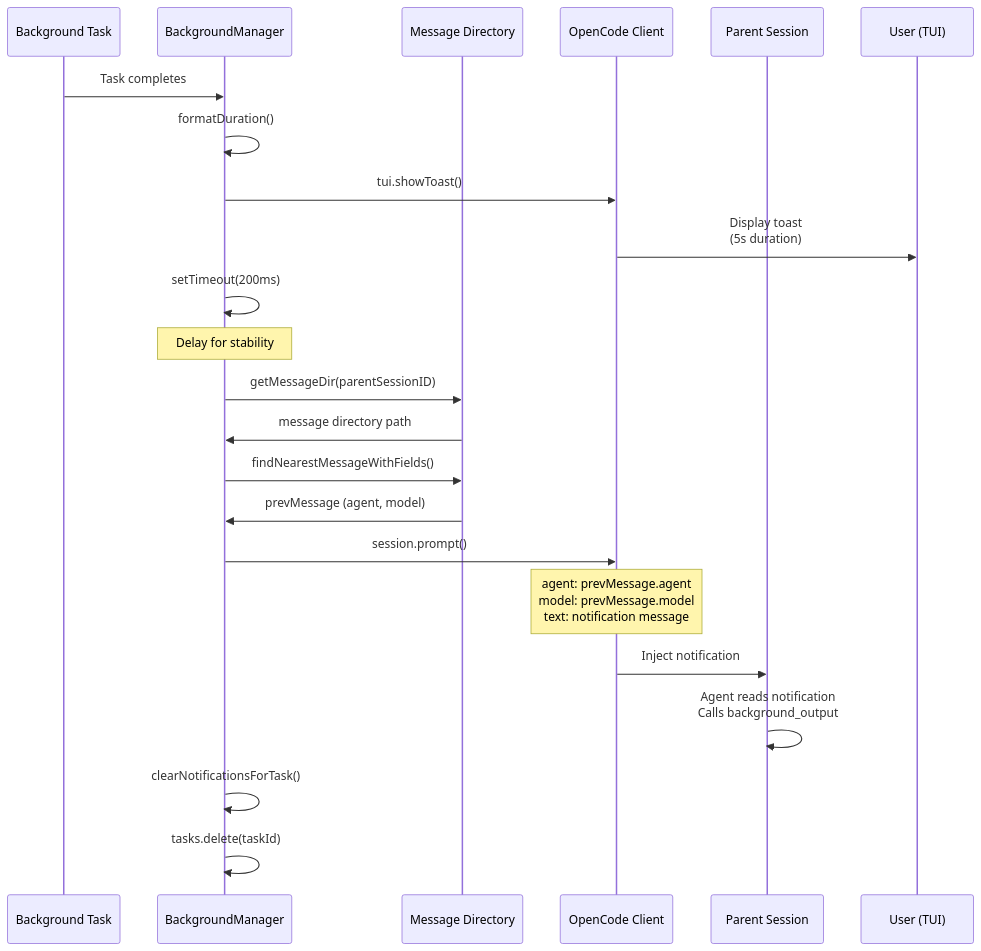
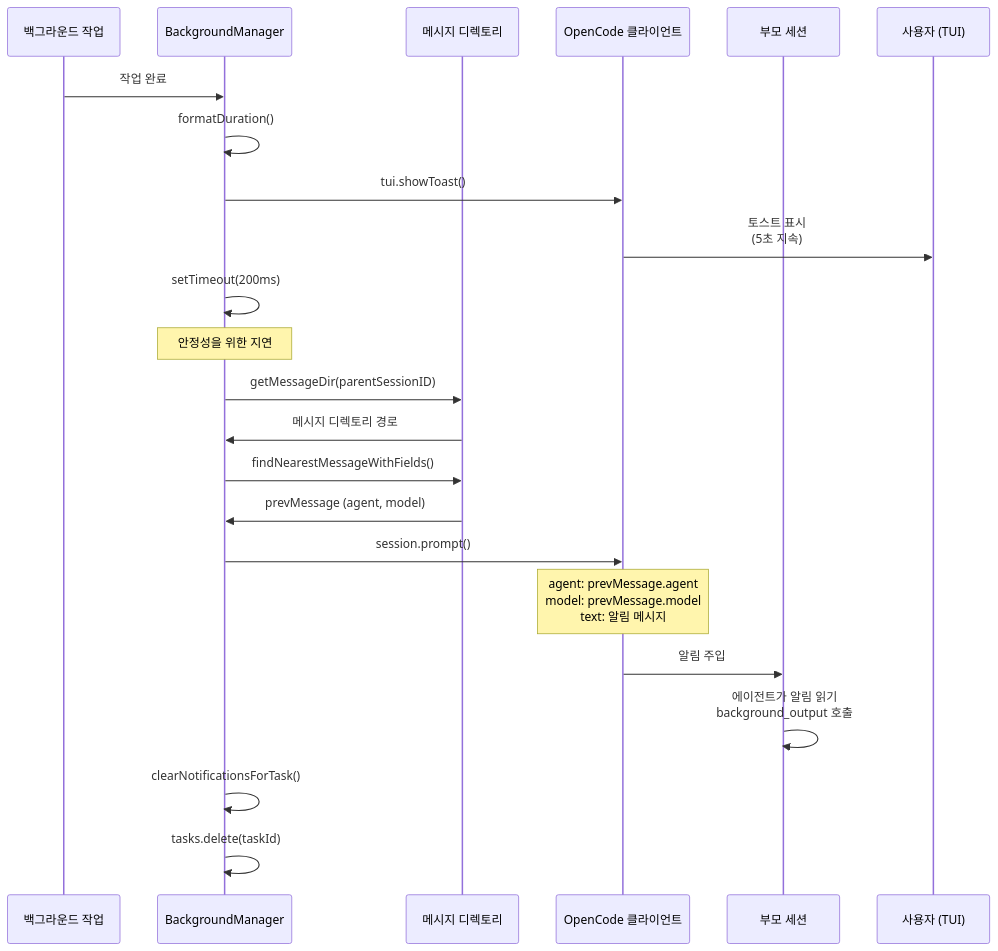
The third of 5 diagrams in docs/background-execution/notification-system.md (felipetruman/oh-my-opencode-docs), drawn with Mermaid before and after one commit. The commit also changed other lines of this file and 76 other files, not shown here.

````diff
--- a/docs/background-execution/notification-system.md
+++ b/docs/background-execution/notification-system.md
@@ -152,26 +152,26 @@
 ```mermaid
 sequenceDiagram
-  participant p1 as Background Task
+  participant p1 as 백그라운드 작업
   participant p2 as BackgroundManager
-  participant p3 as Message Directory
-  participant p4 as OpenCode Client
-  participant p5 as Parent Session
-  participant p6 as User (TUI)
+  participant p3 as 메시지 디렉토리
+  participant p4 as OpenCode 클라이언트
+  participant p5 as 부모 세션
+  participant p6 as 사용자 (TUI)
 
-  p1->>p2: Task completes
+  p1->>p2: 작업 완료
   p2->>p2: formatDuration()
   p2->>p4: tui.showToast()
-  p4->>p6: Display toast<br/>(5s duration)
+  p4->>p6: 토스트 표시<br/>(5초 지속)
   p2->>p2: setTimeout(200ms)
-  note over p2: Delay for stability
+  note over p2: 안정성을 위한 지연
   p2->>p3: getMessageDir(parentSessionID)
-  p3->>p2: message directory path
+  p3->>p2: 메시지 디렉토리 경로
   p2->>p3: findNearestMessageWithFields()
   p3->>p2: prevMessage (agent, model)
   p2->>p4: session.prompt()
-  note over p4: agent: prevMessage.agent<br/>model: prevMessage.model<br/>text: notification message
-  p4->>p5: Inject notification
-  p5->>p5: Agent reads notification<br/>Calls background_output
+  note over p4: agent: prevMessage.agent<br/>model: prevMessage.model<br/>text: 알림 메시지
+  p4->>p5: 알림 주입
+  p5->>p5: 에이전트가 알림 읽기<br/>background_output 호출
   p2->>p2: clearNotificationsForTask()
   p2->>p2: tasks.delete(taskId)
 ```
````
